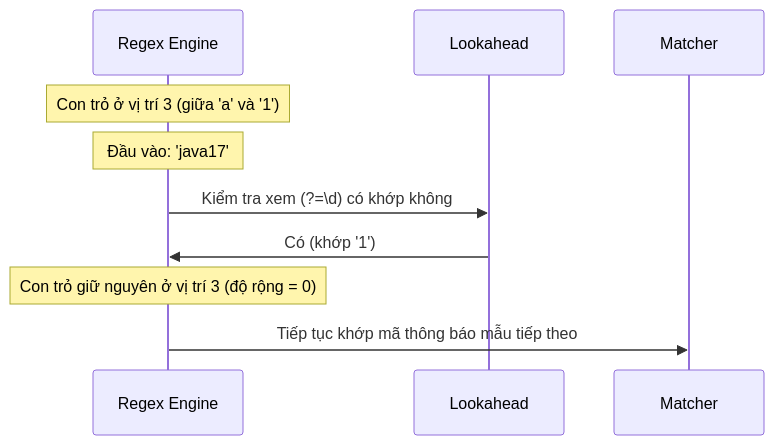
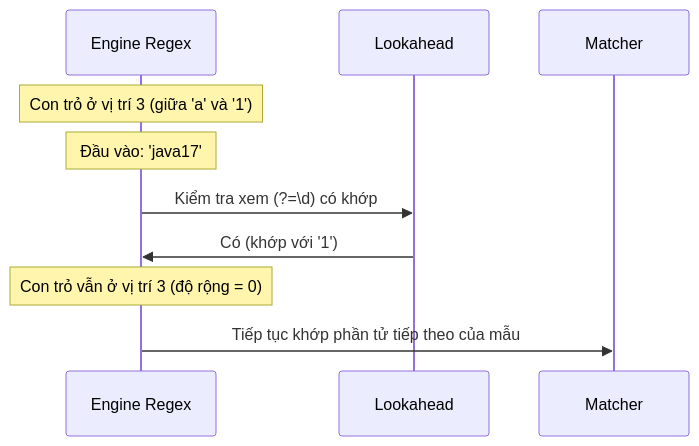
Before and after one commit to PhuThien2005/theoretical-of-java-core: the diagram in vi/30-regex/theory/02-basic-lookahead-lookbehind-concepts.md, drawn with Mermaid. The commit also changed other lines of this file and 229 other files, not shown here.

````diff
--- a/vi/30-regex/theory/02-basic-lookahead-lookbehind-concepts.md
+++ b/vi/30-regex/theory/02-basic-lookahead-lookbehind-concepts.md
@@ -68,9 +68,9 @@
 ```mermaid
 sequenceDiagram
-    Note over Regex Engine: Con trỏ ở vị trí 3 (giữa 'a' và '1')
-    Note over Regex Engine: Đầu vào: 'java17'
-    Regex Engine->>Lookahead: Kiểm tra xem (?=\d) có khớp không
-    Lookahead->>Regex Engine: Có (khớp '1')
-    Note over Regex Engine: Con trỏ giữ nguyên ở vị trí 3 (độ rộng = 0)
-    Regex Engine->>Matcher: Tiếp tục khớp mã thông báo mẫu tiếp theo
+    Note over Engine Regex: Con trỏ ở vị trí 3 (giữa 'a' và '1')
+    Note over Engine Regex: Đầu vào: 'java17'
+    Engine Regex->>Lookahead: Kiểm tra xem (?=\d) có khớp
+    Lookahead->>Engine Regex: Có (khớp với '1')
+    Note over Engine Regex: Con trỏ vẫn ở vị trí 3 (độ rộng = 0)
+    Engine Regex->>Matcher: Tiếp tục khớp phần tử tiếp theo của mẫu
 ```
````
